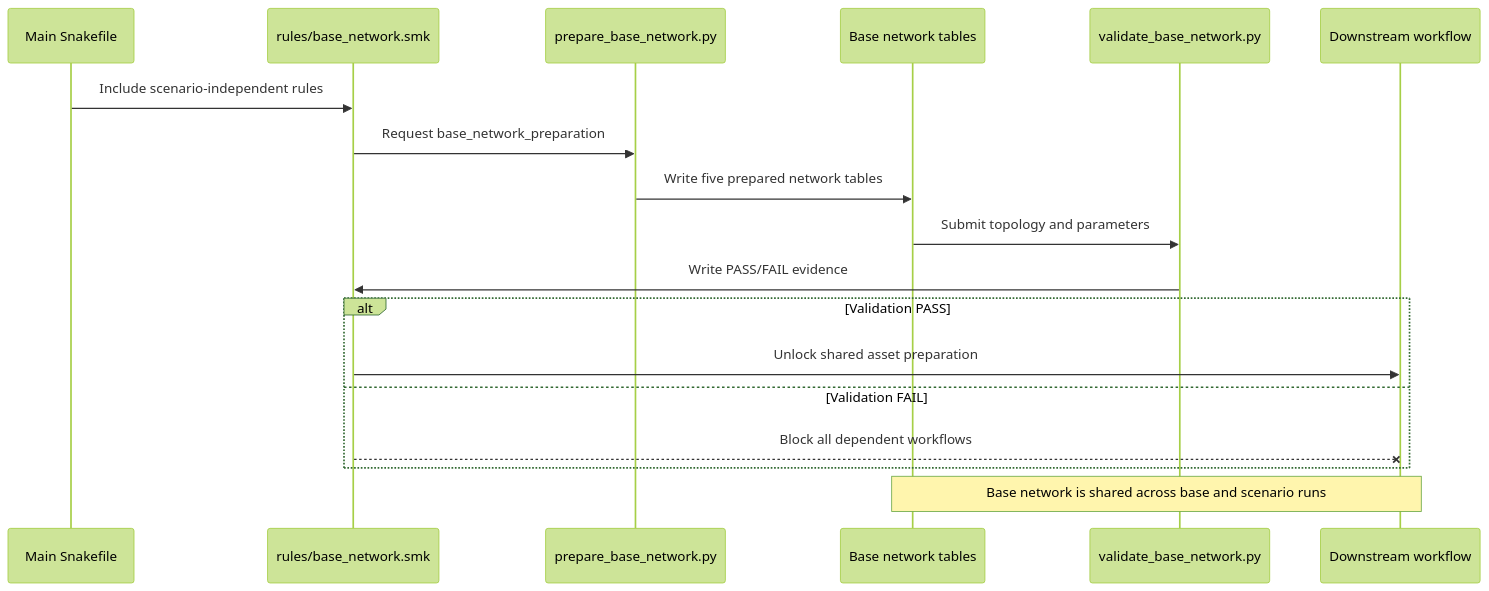
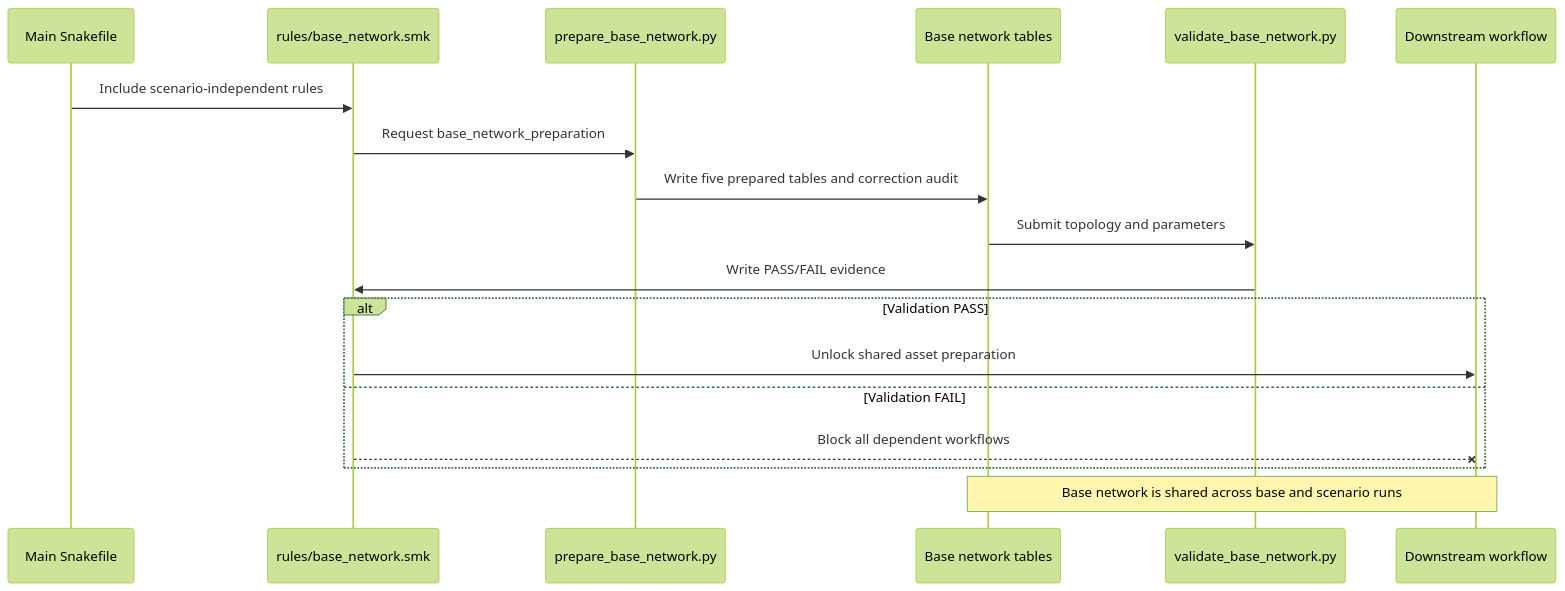
The first of 2 diagrams in workflow/README.md (DeltaE/PyPSA_BC), drawn with Mermaid (forest theme) before and after one commit. The commit also changed other lines of this file and 65 other files, not shown here.

````diff
--- a/workflow/README.md
+++ b/workflow/README.md
@@ -60,23 +52,23 @@
 ```mermaid
 sequenceDiagram
     participant M as Main Snakefile
     participant R as rules/base_network.smk
     participant P as prepare_base_network.py
     participant N as Base network tables
     participant V as validate_base_network.py
     participant D as Downstream workflow
 
     M->>R: Include scenario-independent rules
     R->>P: Request base_network_preparation
-    P->>N: Write five prepared network tables
+    P->>N: Write five prepared tables and correction audit
     N->>V: Submit topology and parameters
     V->>R: Write PASS/FAIL evidence
 
     alt Validation PASS
         R->>D: Unlock shared asset preparation
     else Validation FAIL
         R--xD: Block all dependent workflows
     end
 
     Note over N,D: Base network is shared across base and scenario runs
 ```
````
